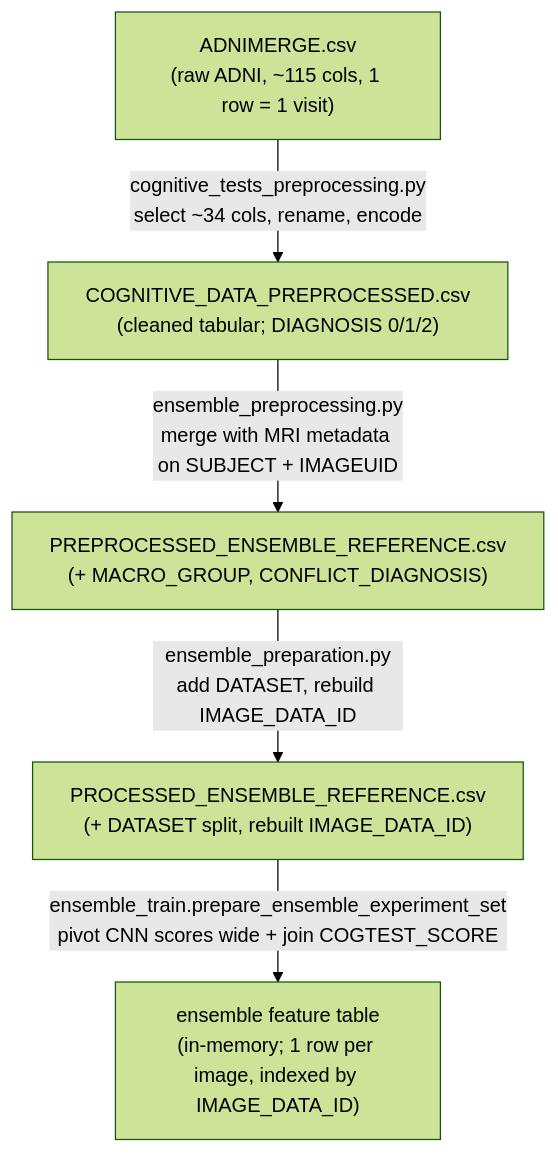
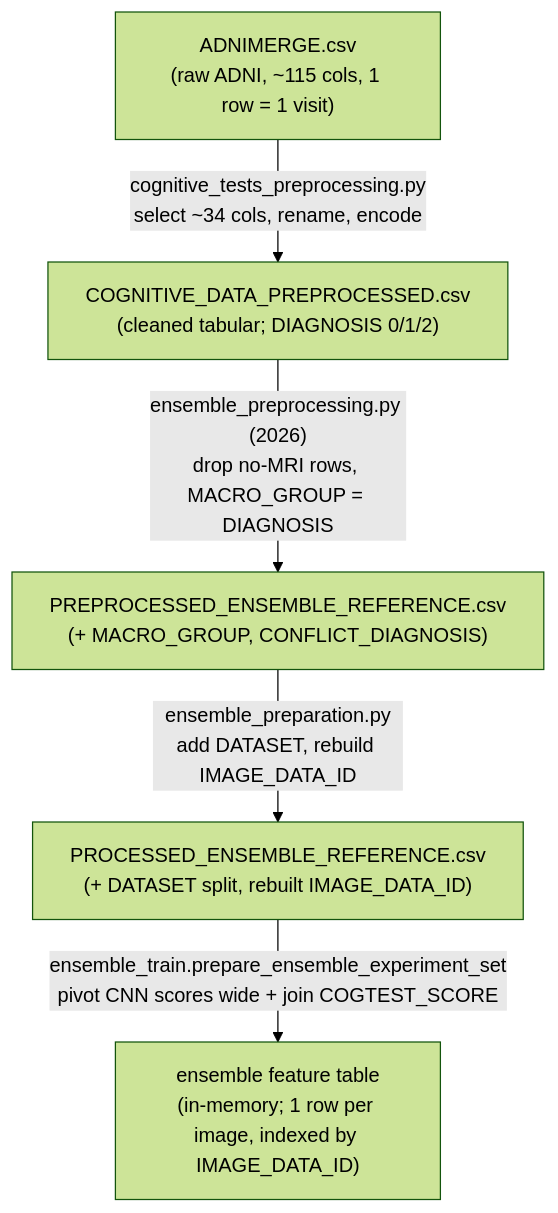
The diagram in docs/data/data-semantics.md (lucasthim/mmml-alzheimer-diagnosis), drawn with Mermaid (forest theme) before and after one commit. The commit also changed other lines of this file and 11 other files, not shown here.

Commit message:
updating ensemble preprocessing and reviewing downloaded MRIs

````diff
--- a/docs/data/data-semantics.md
+++ b/docs/data/data-semantics.md
@@ -21,12 +21,12 @@
 ```mermaid
 flowchart TD
     A["ADNIMERGE.csv<br/>(raw ADNI, ~115 cols, 1 row = 1 visit)"]
     B["COGNITIVE_DATA_PREPROCESSED.csv<br/>(cleaned tabular; DIAGNOSIS 0/1/2)"]
     C["PREPROCESSED_ENSEMBLE_REFERENCE.csv<br/>(+ MACRO_GROUP, CONFLICT_DIAGNOSIS)"]
     D["PROCESSED_ENSEMBLE_REFERENCE.csv<br/>(+ DATASET split, rebuilt IMAGE_DATA_ID)"]
     E["ensemble feature table<br/>(in-memory; 1 row per image, indexed by IMAGE_DATA_ID)"]
     A -->|"cognitive_tests_preprocessing.py<br/>select ~34 cols, rename, encode"| B
-    B -->|"ensemble_preprocessing.py<br/>merge with MRI metadata on SUBJECT + IMAGEUID"| C
+    B -->|"ensemble_preprocessing.py (2026)<br/>drop no-MRI rows, MACRO_GROUP = DIAGNOSIS"| C
     C -->|"ensemble_preparation.py<br/>add DATASET, rebuild IMAGE_DATA_ID"| D
     D -->|"ensemble_train.prepare_ensemble_experiment_set<br/>pivot CNN scores wide + join COGTEST_SCORE"| E
 ```
````
